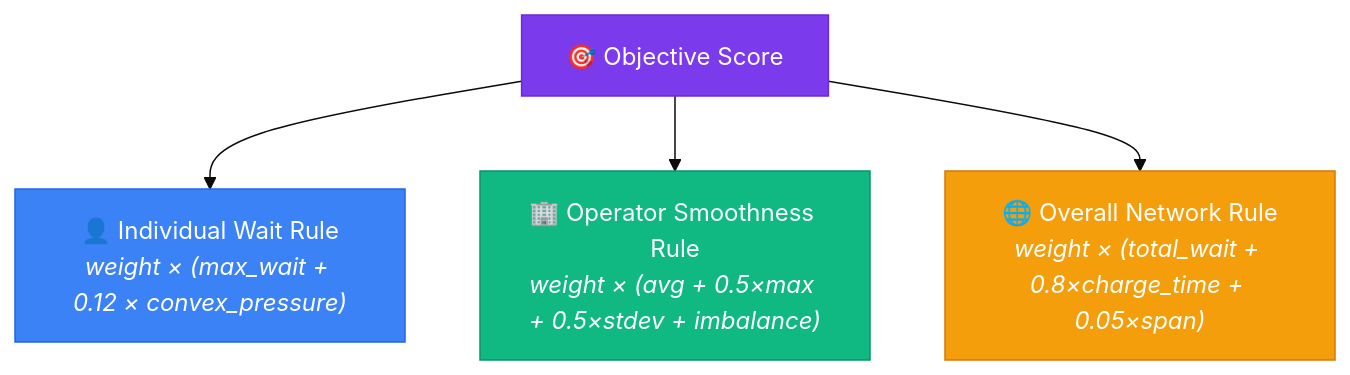
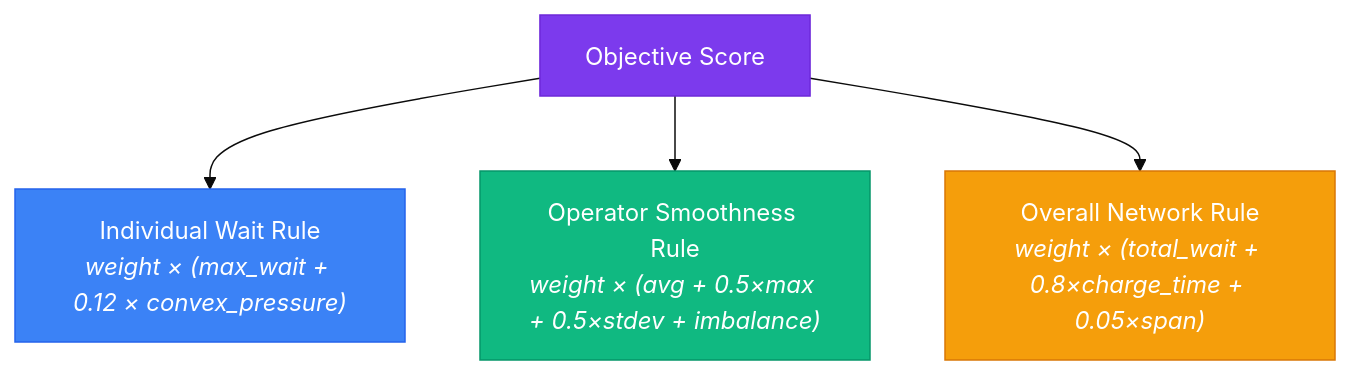
One commit to mukulgupta11/bus_charging_scheduler changed the fifth of 5 diagrams in README.md. Above: the diagram before and after it, drawn with Mermaid (base theme). The commit also changed other lines of this file and 3 other files, not shown here.

````diff
--- a/README.md
+++ b/README.md
@@ -321,11 +321,11 @@
 ```mermaid
 graph TD
-    OBJ["🎯 Objective Score"] --> IND["👤 Individual Wait Rule<br/><i>weight × (max_wait + 0.12 × convex_pressure)</i>"]
-    OBJ --> OPR["🏢 Operator Smoothness Rule<br/><i>weight × (avg + 0.5×max + 0.5×stdev + imbalance)</i>"]
-    OBJ --> NET["🌐 Overall Network Rule<br/><i>weight × (total_wait + 0.8×charge_time + 0.05×span)</i>"]
+    OBJ["Objective Score"] --> IND["Individual Wait Rule<br/><i>weight × (max_wait + 0.12 × convex_pressure)</i>"]
+    OBJ --> OPR["Operator Smoothness Rule<br/><i>weight × (avg + 0.5×max + 0.5×stdev + imbalance)</i>"]
+    OBJ --> NET["Overall Network Rule<br/><i>weight × (total_wait + 0.8×charge_time + 0.05×span)</i>"]
 
     style OBJ fill:#7C3AED,color:#fff,stroke:#6D28D9
     style IND fill:#3B82F6,color:#fff,stroke:#2563EB
     style OPR fill:#10B981,color:#fff,stroke:#059669
     style NET fill:#F59E0B,color:#fff,stroke:#D97706
 ```
````
